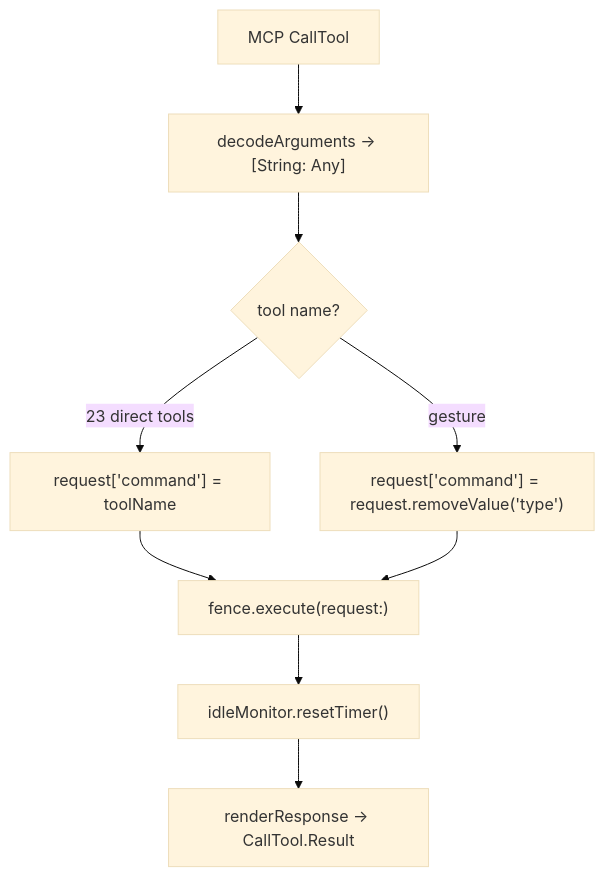
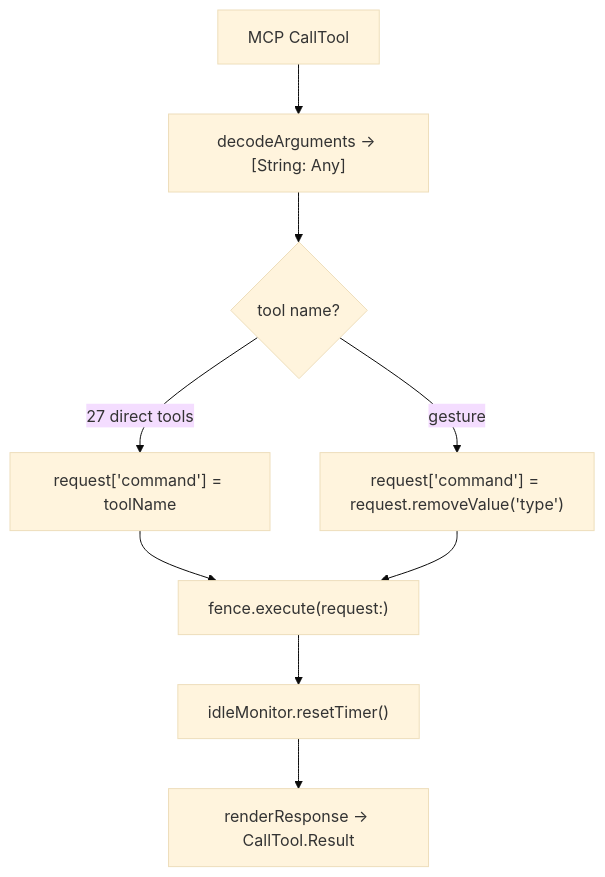
The second of 2 diagrams in docs/dossiers/12-MCP.md (RoyalPineapple/TheButtonHeist), drawn with Mermaid (base theme) before and after one commit. The commit also changed other lines of this file and 7 other files, not shown here.

````diff
--- a/docs/dossiers/12-MCP.md
+++ b/docs/dossiers/12-MCP.md
@@ -117,13 +121,13 @@
 ```mermaid
 flowchart TD
     Call["MCP CallTool"] --> Decode["decodeArguments → [String: Any]"]
     Decode --> Switch{"tool name?"}
 
-    Switch -->|"23 direct tools"| Direct["request['command'] = toolName"]
+    Switch -->|"27 direct tools"| Direct["request['command'] = toolName"]
     Switch -->|"gesture"| Grouped["request['command'] = request.removeValue('type')"]
 
     Direct --> Execute["fence.execute(request:)"]
     Grouped --> Execute
     Execute --> Reset["idleMonitor.resetTimer()"]
     Reset --> Render["renderResponse → CallTool.Result"]
 ```
````
